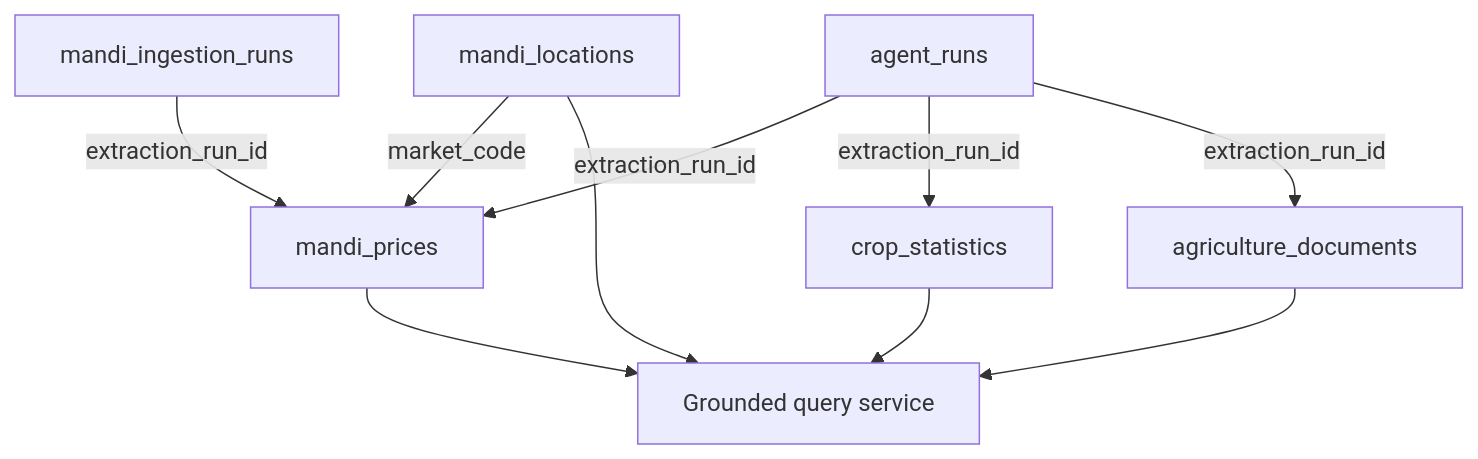
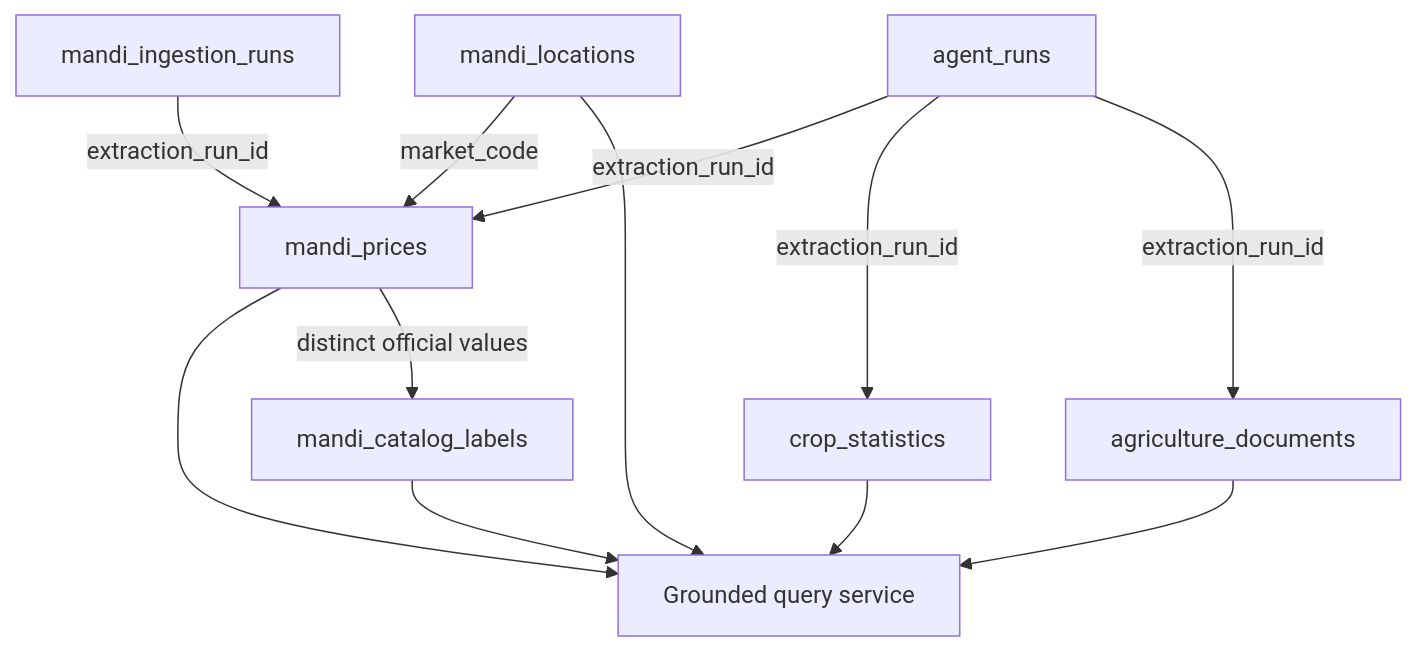
One commit to flintop123/Bits-AI-Demo changed the diagram in docs/DATABASE_SCHEMA.md. Above: the diagram before and after it, drawn with Mermaid. The commit also changed other lines of this file and 23 other files, not shown here.

````diff
--- a/docs/DATABASE_SCHEMA.md
+++ b/docs/DATABASE_SCHEMA.md
@@ -18,12 +18,14 @@
 ```mermaid
 flowchart TD
     R[agent_runs] -->|extraction_run_id| M[mandi_prices]
     S[mandi_ingestion_runs] -->|extraction_run_id| M
     R -->|extraction_run_id| C[crop_statistics]
     R -->|extraction_run_id| D[agriculture_documents]
     M --> Q[Grounded query service]
     L[mandi_locations] -->|market_code| M
     L --> Q
+    B[mandi_catalog_labels] --> Q
+    M -->|distinct official values| B
     C --> Q
     D --> Q
 ```
````
